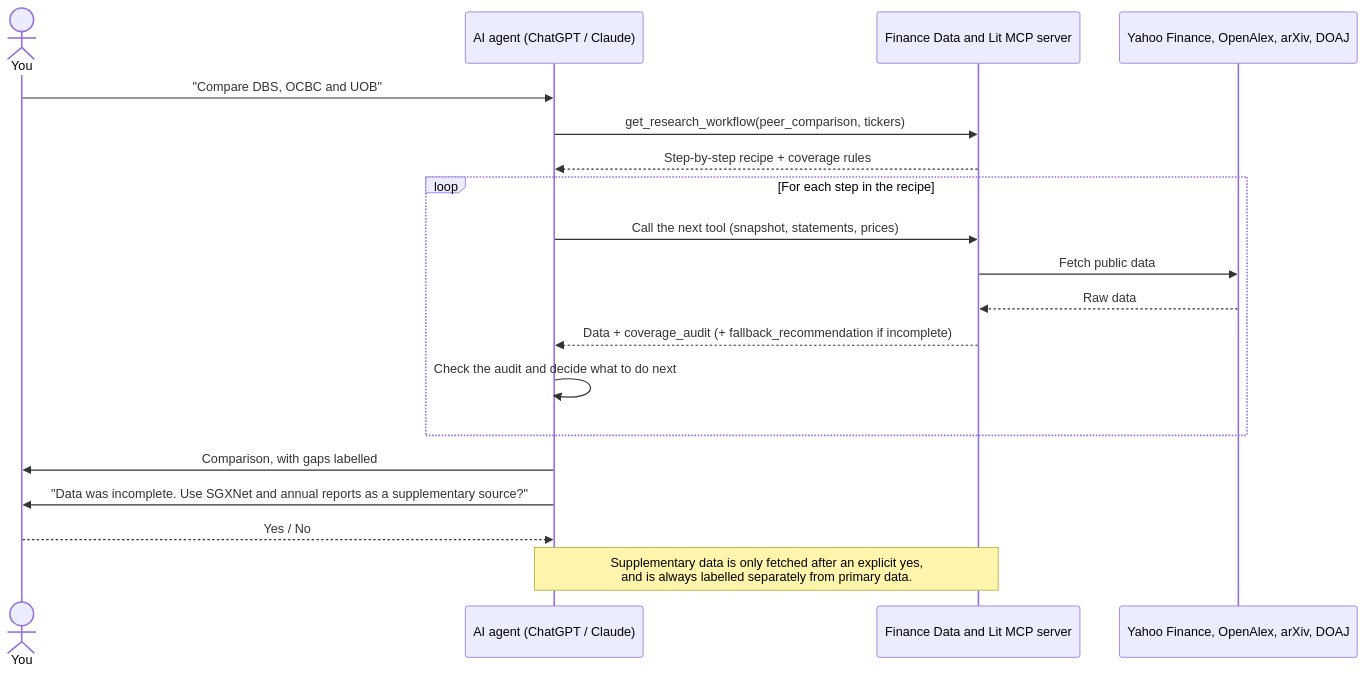
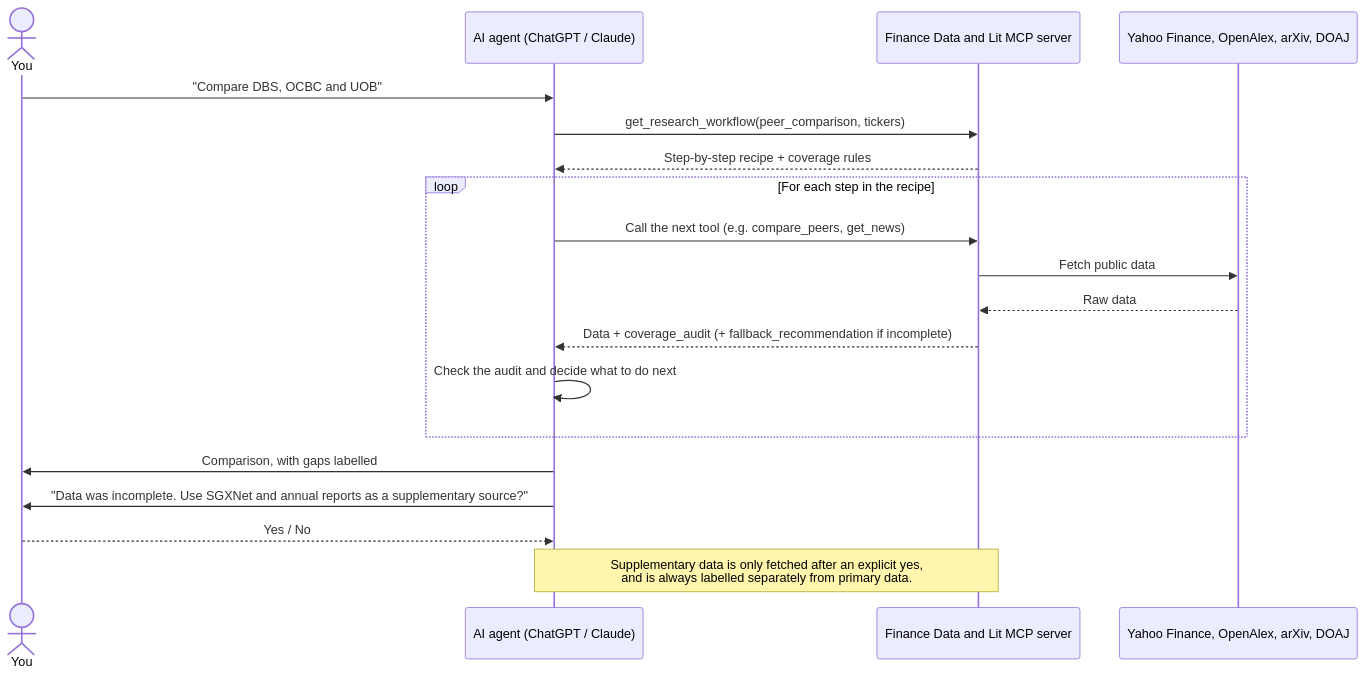
Before and after one commit to redzabdullah/Finance-Open-Resource: the diagram in docs/AGENTIC_FLOW.md, drawn with Mermaid. The commit also changed other lines of this file and 5 other files, not shown here.

First line of the commit message:
Add compare_peers and get_company_profile composite tools (Step 2)

````diff
--- a/docs/AGENTIC_FLOW.md
+++ b/docs/AGENTIC_FLOW.md
@@ -32,22 +33,22 @@
 ```mermaid
 sequenceDiagram
     actor You
     participant Agent as AI agent (ChatGPT / Claude)
     participant Server as Finance Data and Lit MCP server
     participant Data as Yahoo Finance, OpenAlex, arXiv, DOAJ
 
     You->>Agent: "Compare DBS, OCBC and UOB"
     Agent->>Server: get_research_workflow(peer_comparison, tickers)
     Server-->>Agent: Step-by-step recipe + coverage rules
     loop For each step in the recipe
-        Agent->>Server: Call the next tool (snapshot, statements, prices)
+        Agent->>Server: Call the next tool (e.g. compare_peers, get_news)
         Server->>Data: Fetch public data
         Data-->>Server: Raw data
         Server-->>Agent: Data + coverage_audit (+ fallback_recommendation if incomplete)
         Agent->>Agent: Check the audit and decide what to do next
     end
     Agent->>You: Comparison, with gaps labelled
     Agent->>You: "Data was incomplete. Use SGXNet and annual reports as a supplementary source?"
     You-->>Agent: Yes / No
     Note over Agent,Server: Supplementary data is only fetched after an explicit yes,<br/>and is always labelled separately from primary data.
 ```
````
